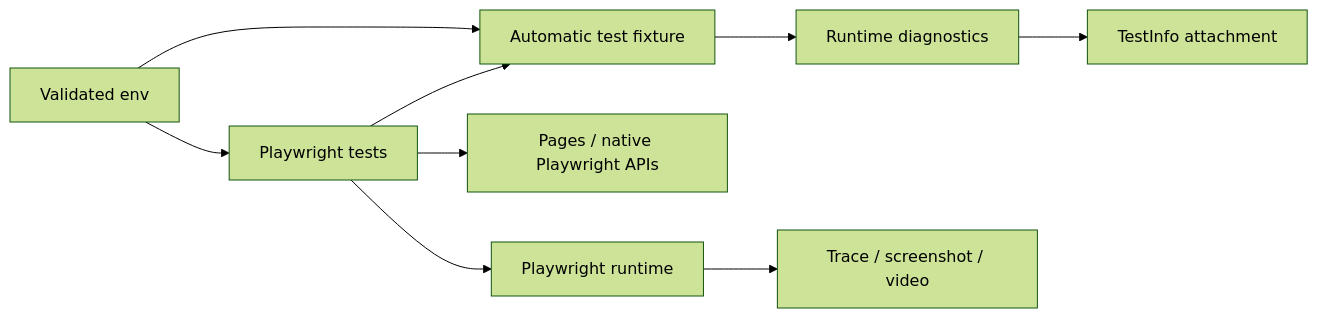
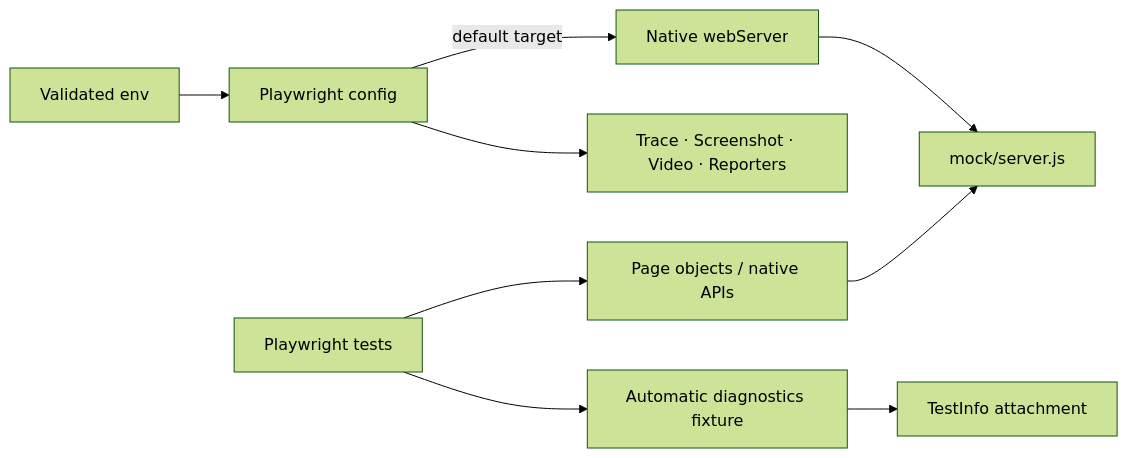
One commit to portyu9/qa-automation-node-playwright changed the diagram in docs/ARCHITECTURE.md. Above: the diagram before and after it, drawn with Mermaid (forest theme). The commit also changed other lines of this file and 13 other files, not shown here.

````diff
--- a/docs/ARCHITECTURE.md
+++ b/docs/ARCHITECTURE.md
@@ -7,11 +7,11 @@
 ```mermaid
 flowchart LR
-    T[Playwright tests] --> FX[Automatic test fixture]
-    T --> P[Pages / native Playwright APIs]
-    FX --> RD[Runtime diagnostics]
-    RD --> ATT[TestInfo attachment]
-    CFG[Validated env] --> T
-    CFG --> FX
-    T --> PW[Playwright runtime]
-    PW --> TRACE[Trace / screenshot / video]
+    CFG[Validated env] --> PW[Playwright config]
+    PW -->|default target| WS[Native webServer]
+    WS --> FIX[mock/server.js]
+    TEST[Playwright tests] --> PAGE[Page objects / native APIs]
+    TEST --> DIAG[Automatic diagnostics fixture]
+    PAGE --> FIX
+    DIAG --> ATT[TestInfo attachment]
+    PW --> NATIVE[Trace · Screenshot · Video · Reporters]
 ```
````
